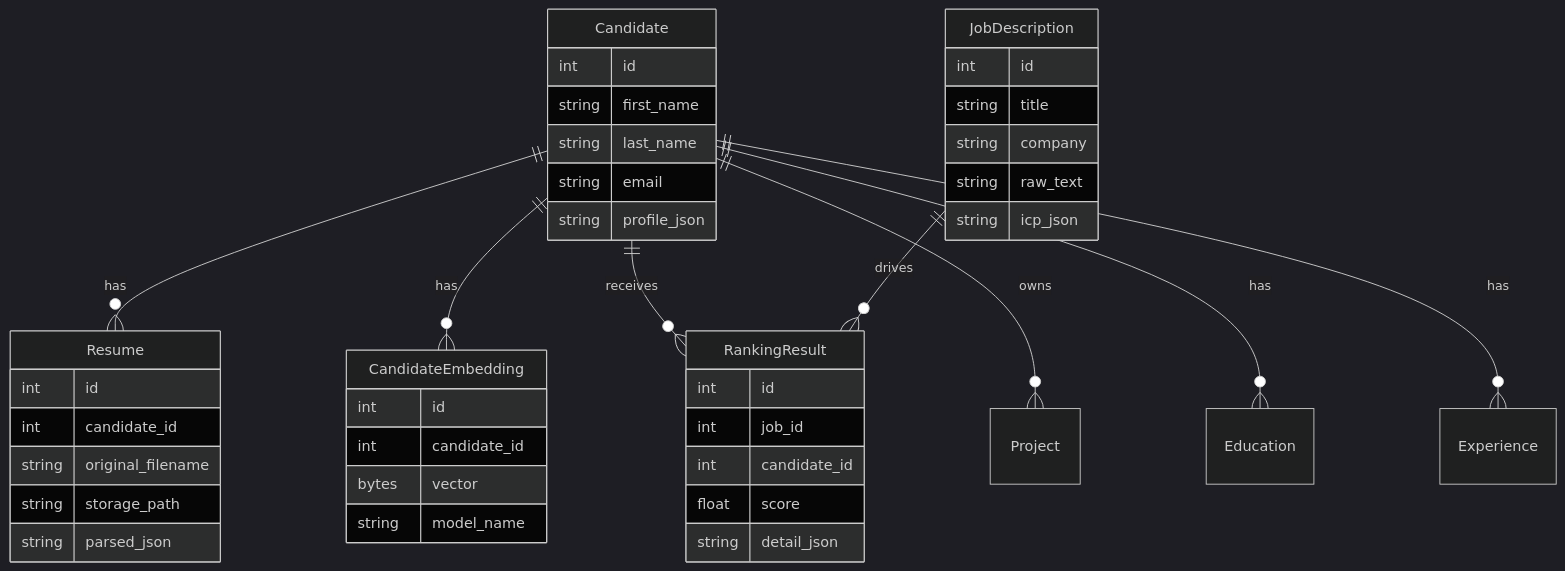
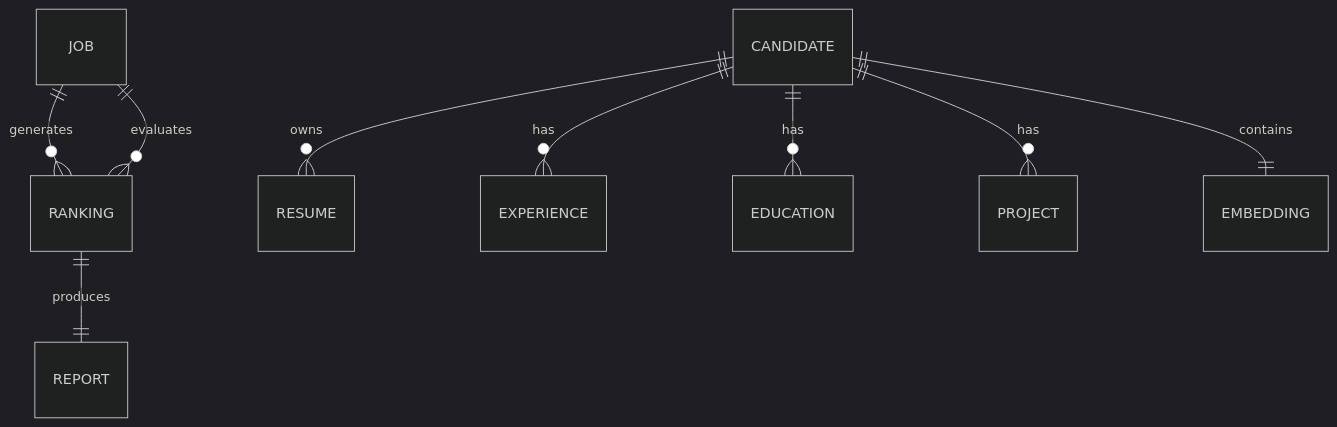
Diagram 12 of 14 in README.md (sushant-bot/ai_recruter), drawn with Mermaid (dark theme) before and after one commit. The commit also changed other lines of this file, not shown here.

````diff
--- a/README.md
+++ b/README.md
@@ -75,49 +1056,19 @@
 ```mermaid
 erDiagram
-    Candidate ||--o{ Resume : has
-    Candidate ||--o{ CandidateEmbedding : has
-    Candidate ||--o{ RankingResult : receives
-    Candidate ||--o{ Project : owns
-    Candidate ||--o{ Education : has
-    Candidate ||--o{ Experience : has
-    JobDescription ||--o{ RankingResult : drives
 
-    Candidate {
-        int id
-        string first_name
-        string last_name
-        string email
-        string profile_json
-    }
+JOB ||--o{ RANKING : generates
 
-    Resume {
-        int id
-        int candidate_id
-        string original_filename
-        string storage_path
-        string parsed_json
-    }
+CANDIDATE ||--o{ RESUME : owns
 
-    CandidateEmbedding {
-        int id
-        int candidate_id
-        bytes vector
-        string model_name
-    }
+CANDIDATE ||--o{ EXPERIENCE : has
 
-    RankingResult {
-        int id
-        int job_id
-        int candidate_id
-        float score
-        string detail_json
-    }
+CANDIDATE ||--o{ EDUCATION : has
 
-    JobDescription {
-        int id
-        string title
-        string company
-        string raw_text
-        string icp_json
-    }
+CANDIDATE ||--o{ PROJECT : has
+
+CANDIDATE ||--|| EMBEDDING : contains
+
+JOB ||--o{ RANKING : evaluates
+
+RANKING ||--|| REPORT : produces
 ```
````
